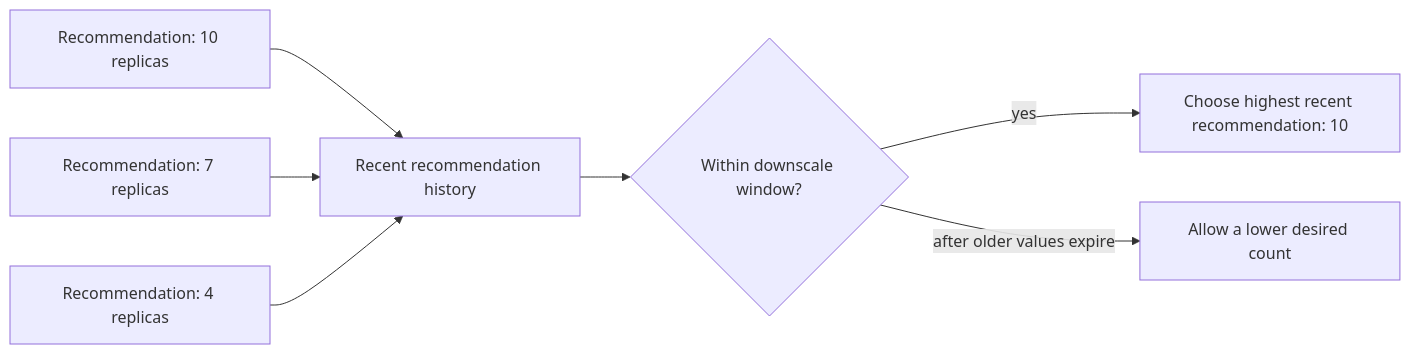
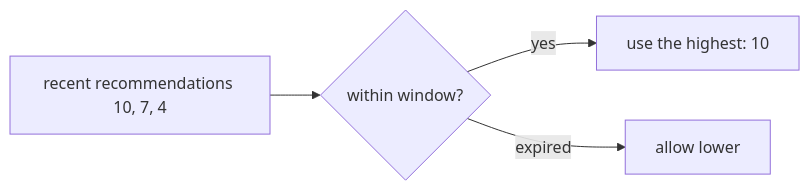
The second of 2 diagrams in docs/learn/scaling/hpa.md (darshan-raul/apollo11-docs), drawn with Mermaid before and after one commit. The commit also changed other lines of this file and 55 other files, not shown here.

````diff
--- a/docs/learn/scaling/hpa.md
+++ b/docs/learn/scaling/hpa.md
@@ -57,9 +54,6 @@
-~~~mermaid
+```mermaid
 flowchart LR
-  R1[Recommendation: 10 replicas] --> History[Recent recommendation history]
-  R2[Recommendation: 7 replicas] --> History
-  R3[Recommendation: 4 replicas] --> History
-  History --> Window{Within downscale window?}
-  Window -->|yes| Safe[Choose highest recent recommendation: 10]
-  Window -->|after older values expire| Lower[Allow a lower desired count]
-~~~
+  R[recent recommendations 10, 7, 4] --> W{within window?}
+  W -->|yes| High[use the highest: 10]
+  W -->|expired| Low[allow lower]
+```
````
